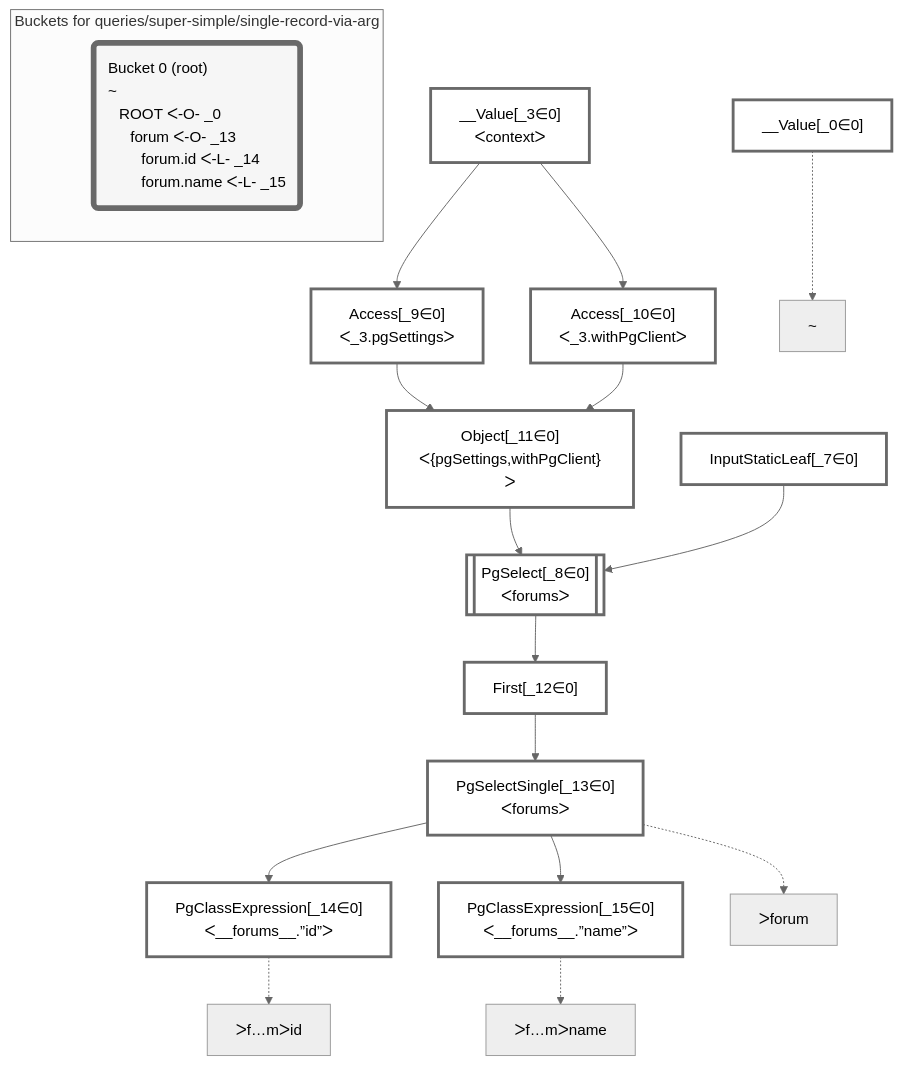
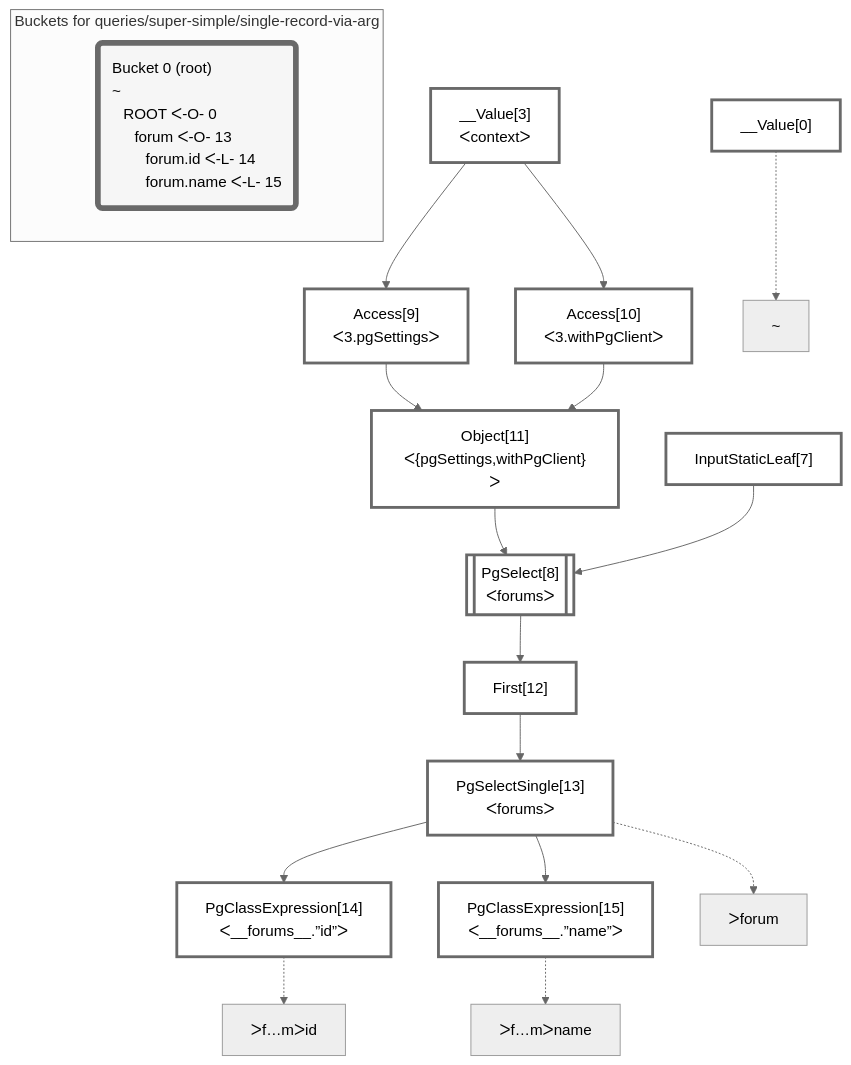
The diagram in packages/dataplan-pg/__tests__/queries/super-simple/single-record-via-arg.deopt.mermaid.md (graphile/crystal), drawn with Mermaid (neutral theme) before and after one commit. The commit also changed 195 other files, not shown here.

````diff
--- a/packages/dataplan-pg/__tests__/queries/super-simple/single-record-via-arg.deopt.mermaid.md
+++ b/packages/dataplan-pg/__tests__/queries/super-simple/single-record-via-arg.deopt.mermaid.md
@@ -1,48 +1,48 @@
 ```mermaid
 graph TD
     classDef path fill:#eee,stroke:#000,color:#000
     classDef plan fill:#fff,stroke-width:3px,color:#000
     classDef itemplan fill:#fff,stroke-width:6px,color:#000
     classDef sideeffectplan fill:#f00,stroke-width:6px,color:#000
     classDef bucket fill:#f6f6f6,color:#000,stroke-width:6px,text-align:left
 
 
     %% define plans
-    __Value_0["__Value[_0∈0]"]:::plan
-    PgClassExpression_14["PgClassExpression[_14∈0]<br />ᐸ__forums__.”id”ᐳ"]:::plan
-    PgClassExpression_15["PgClassExpression[_15∈0]<br />ᐸ__forums__.”name”ᐳ"]:::plan
-    PgSelectSingle_13["PgSelectSingle[_13∈0]<br />ᐸforumsᐳ"]:::plan
-    First_12["First[_12∈0]"]:::plan
-    PgSelect_8[["PgSelect[_8∈0]<br />ᐸforumsᐳ"]]:::plan
-    Object_11["Object[_11∈0]<br />ᐸ{pgSettings,withPgClient}ᐳ"]:::plan
-    Access_9["Access[_9∈0]<br />ᐸ_3.pgSettingsᐳ"]:::plan
-    Access_10["Access[_10∈0]<br />ᐸ_3.withPgClientᐳ"]:::plan
-    __Value_3["__Value[_3∈0]<br />ᐸcontextᐳ"]:::plan
-    InputStaticLeaf_7["InputStaticLeaf[_7∈0]"]:::plan
+    __Value0["__Value[0]"]:::plan
+    PgClassExpression14["PgClassExpression[14]<br />ᐸ__forums__.”id”ᐳ"]:::plan
+    PgClassExpression15["PgClassExpression[15]<br />ᐸ__forums__.”name”ᐳ"]:::plan
+    PgSelectSingle13["PgSelectSingle[13]<br />ᐸforumsᐳ"]:::plan
+    First12["First[12]"]:::plan
+    PgSelect8[["PgSelect[8]<br />ᐸforumsᐳ"]]:::plan
+    Object11["Object[11]<br />ᐸ{pgSettings,withPgClient}ᐳ"]:::plan
+    Access9["Access[9]<br />ᐸ3.pgSettingsᐳ"]:::plan
+    Access10["Access[10]<br />ᐸ3.withPgClientᐳ"]:::plan
+    __Value3["__Value[3]<br />ᐸcontextᐳ"]:::plan
+    InputStaticLeaf7["InputStaticLeaf[7]"]:::plan
 
     %% plan dependencies
-    PgSelectSingle_13 --> PgClassExpression_14
-    PgSelectSingle_13 --> PgClassExpression_15
-    First_12 --> PgSelectSingle_13
-    PgSelect_8 --> First_12
-    Object_11 & InputStaticLeaf_7 --> PgSelect_8
-    Access_9 & Access_10 --> Object_11
-    __Value_3 --> Access_9
-    __Value_3 --> Access_10
+    PgSelectSingle13 --> PgClassExpression14
+    PgSelectSingle13 --> PgClassExpression15
+    First12 --> PgSelectSingle13
+    PgSelect8 --> First12
+    Object11 & InputStaticLeaf7 --> PgSelect8
+    Access9 & Access10 --> Object11
+    __Value3 --> Access9
+    __Value3 --> Access10
 
     %% plan-to-path relationships
-    P_0["~"]
-    __Value_0 -.-> P_0
-    P_13["ᐳforum"]
-    PgSelectSingle_13 -.-> P_13
-    P_14["ᐳf…mᐳid"]
-    PgClassExpression_14 -.-> P_14
-    P_15["ᐳf…mᐳname"]
-    PgClassExpression_15 -.-> P_15
+    P0["~"]
+    __Value0 -.-> P0
+    P13["ᐳforum"]
+    PgSelectSingle13 -.-> P13
+    P14["ᐳf…mᐳid"]
+    PgClassExpression14 -.-> P14
+    P15["ᐳf…mᐳname"]
+    PgClassExpression15 -.-> P15
 
     subgraph "Buckets for queries/super-simple/single-record-via-arg"
-    Bucket0("Bucket 0 (root)<br />~<br />⠀ROOT ᐸ-O- _0<br />⠀⠀forum ᐸ-O- _13<br />⠀⠀⠀forum.id ᐸ-L- _14<br />⠀⠀⠀forum.name ᐸ-L- _15"):::bucket
+    Bucket0("Bucket 0 (root)<br />~<br />⠀ROOT ᐸ-O- 0<br />⠀⠀forum ᐸ-O- 13<br />⠀⠀⠀forum.id ᐸ-L- 14<br />⠀⠀⠀forum.name ᐸ-L- 15"):::bucket
     classDef bucket0 stroke:#696969
-    class Bucket0,__Value_0,__Value_3,InputStaticLeaf_7,PgSelect_8,Access_9,Access_10,Object_11,First_12,PgSelectSingle_13,PgClassExpression_14,PgClassExpression_15 bucket0
+    class Bucket0,__Value0,__Value3,InputStaticLeaf7,PgSelect8,Access9,Access10,Object11,First12,PgSelectSingle13,PgClassExpression14,PgClassExpression15 bucket0
     end
 ```
````
